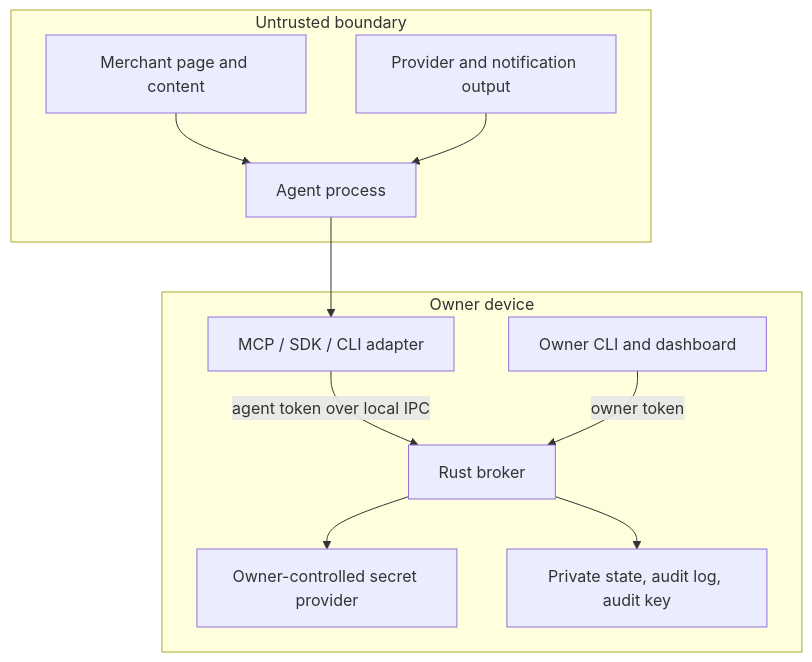
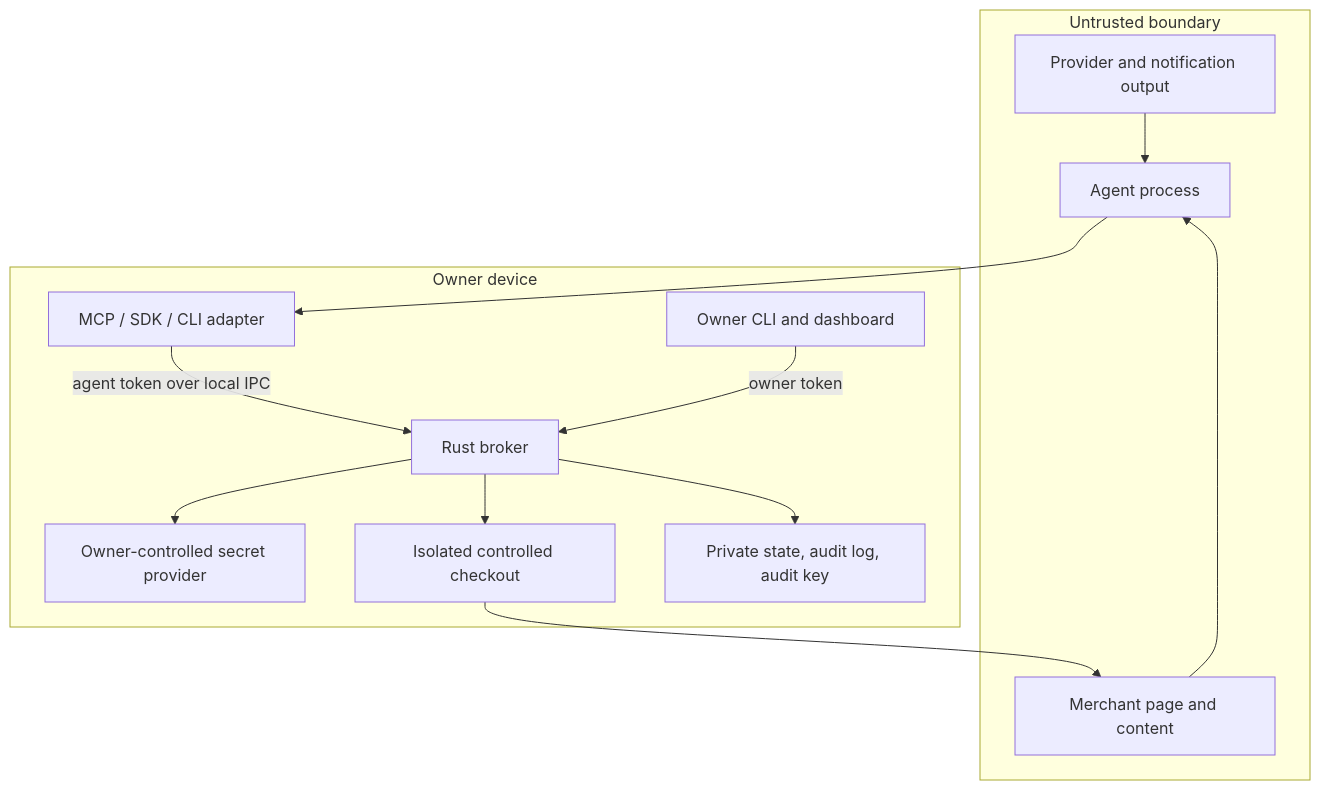
The first of 5 diagrams in docs/architecture.md (BedirT/cixa), drawn with Mermaid before and after one commit. The commit also changed other lines of this file and 34 other files, not shown here.

````diff
--- a/docs/architecture.md
+++ b/docs/architecture.md
@@ -5,22 +5,25 @@
 ```mermaid
 flowchart TB
   subgraph Untrusted[Untrusted boundary]
     Agent[Agent process]
     Merchant[Merchant page and content]
     ProviderOutput[Provider and notification output]
   end
   subgraph Local[Owner device]
     Adapter[MCP / SDK / CLI adapter]
     Broker[Rust broker]
     Owner[Owner CLI and dashboard]
     Secrets[Owner-controlled secret provider]
+    Checkout[Isolated controlled checkout]
     Data[Private state, audit log, audit key]
   end
   Agent --> Adapter
   Merchant --> Agent
   ProviderOutput --> Agent
   Adapter -->|agent token over local IPC| Broker
   Owner -->|owner token| Broker
   Broker --> Data
   Broker --> Secrets
+  Broker --> Checkout
+  Checkout --> Merchant
 ```
````
